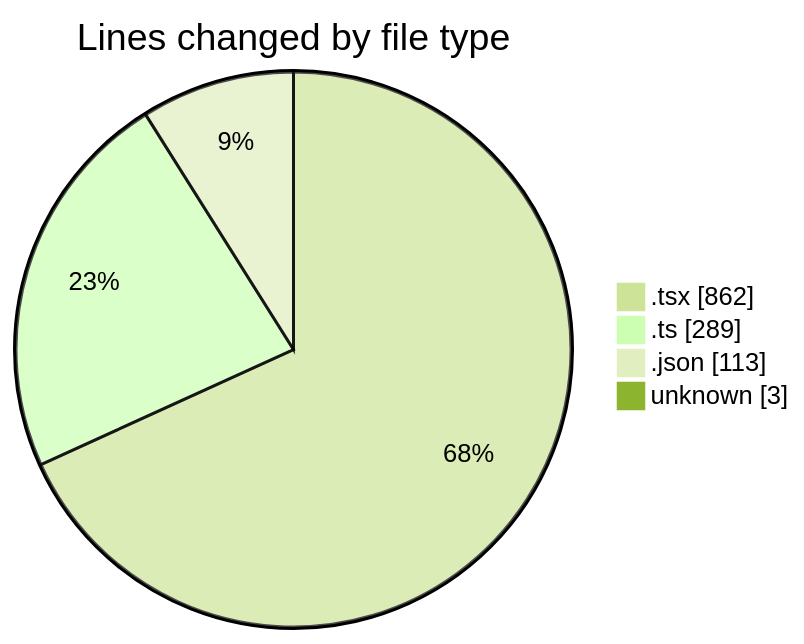
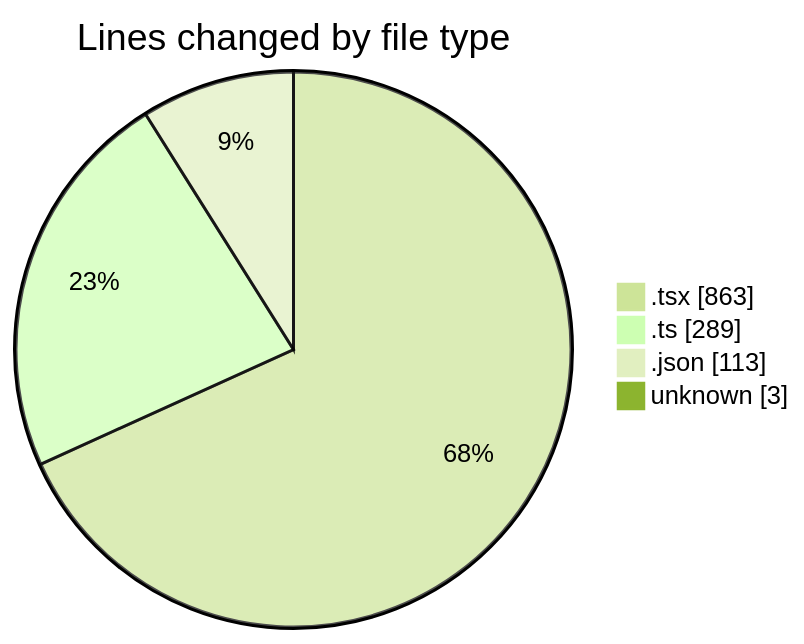
The first of 2 diagrams in 2025-02-23/pdf-analysis-app/README.md (momahboobian/code-tracking), drawn with Mermaid (forest theme) before and after one commit. The commit also changed other lines of this file and 1 other file, not shown here.

````diff
--- a/2025-02-23/pdf-analysis-app/README.md
+++ b/2025-02-23/pdf-analysis-app/README.md
@@ -33,8 +33,8 @@
 ```mermaid
 pie showData
 title Lines changed by file type
-".tsx" : 862
+".tsx" : 863
 ".ts" : 289
 ".json" : 113
 "unknown" : 3
 ```
````
